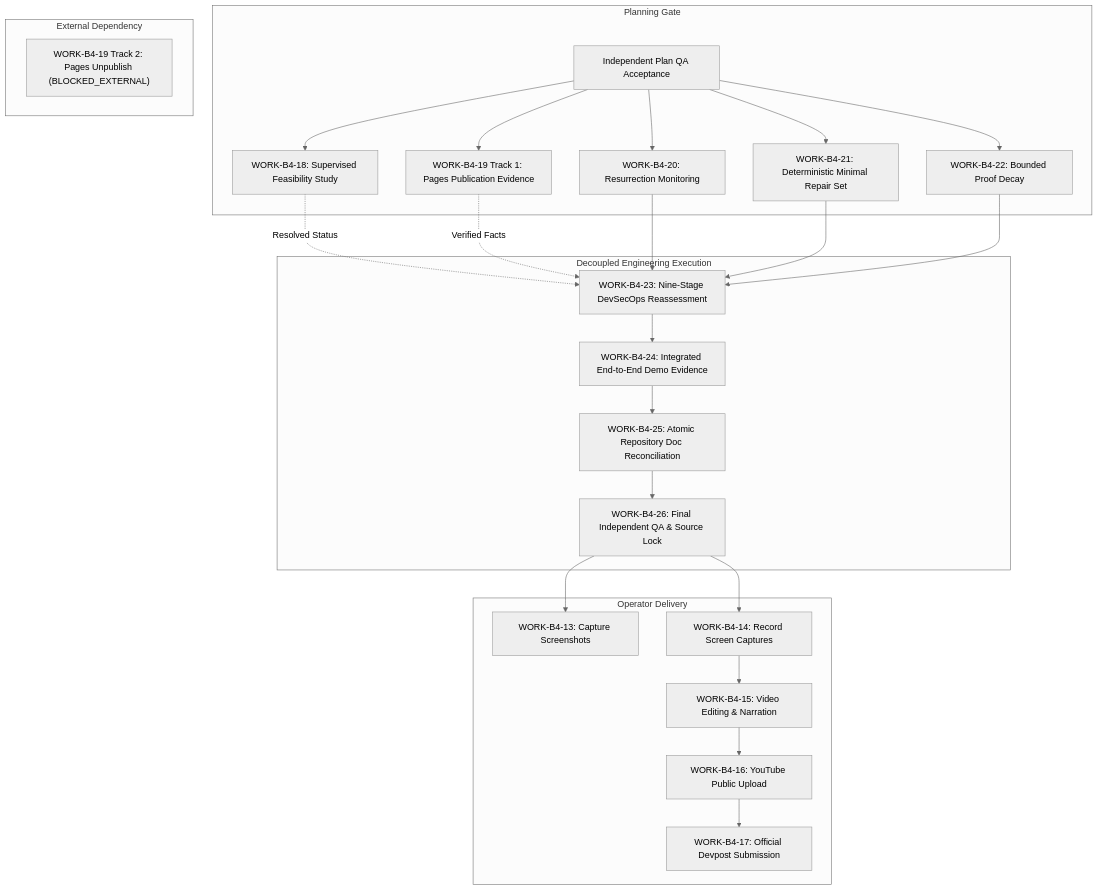
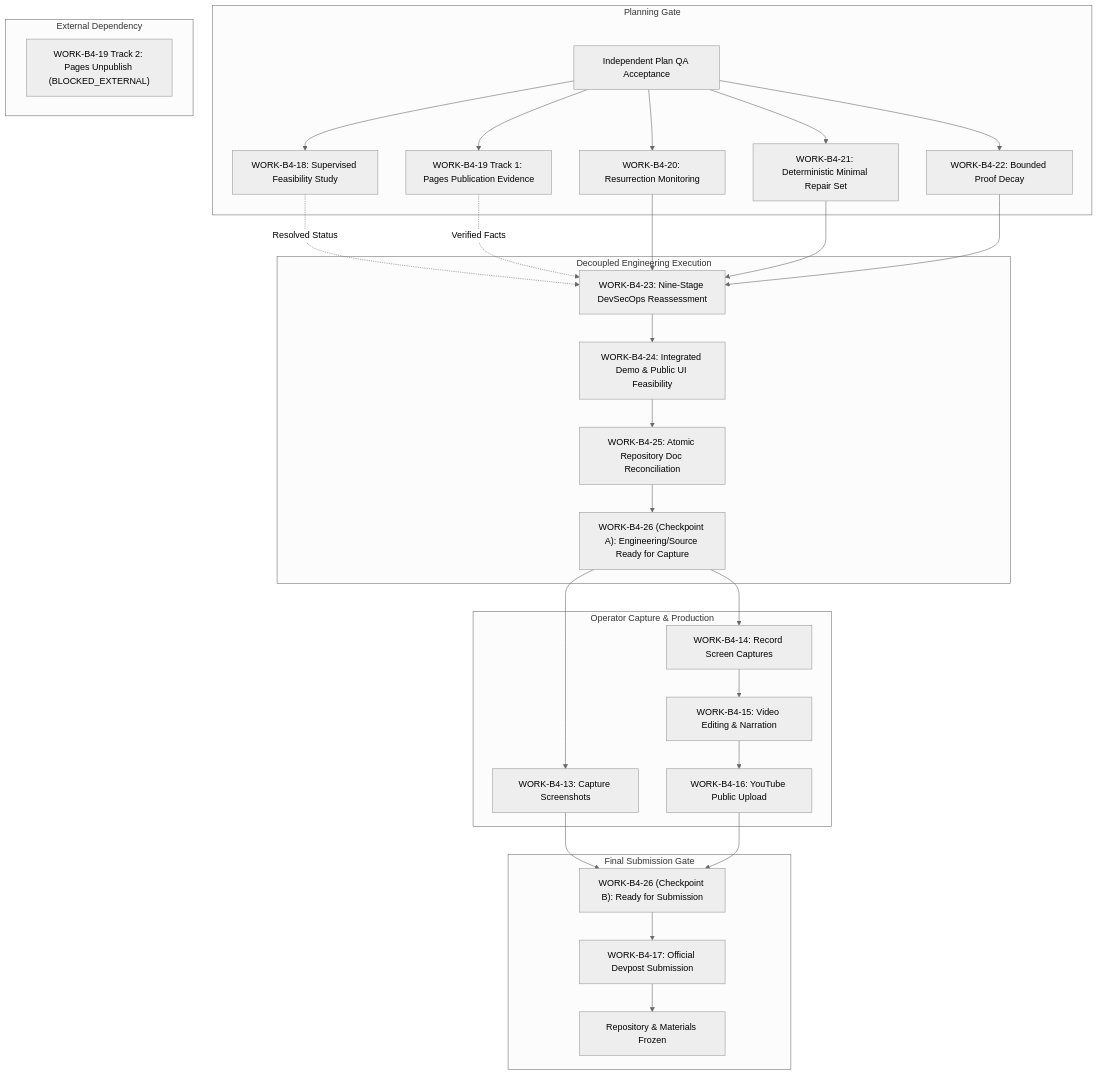
The second of 6 diagrams in plans/TERMIVANCE_MASTER_EXECUTION_PLAN.md (zyganali-glitch/termivance-qa-mirror), drawn with Mermaid (neutral theme) before and after one commit. The commit also changed other lines of this file, not shown here.

Commit message:
fix(plan): final delivery-gate closure, public UI hosting, media, and release consistency

````diff
--- a/plans/TERMIVANCE_MASTER_EXECUTION_PLAN.md
+++ b/plans/TERMIVANCE_MASTER_EXECUTION_PLAN.md
@@ -498,33 +536,39 @@
 ```mermaid
 flowchart TD
     subgraph Planning Gate
         QA["Independent Plan QA Acceptance"] --> W18["WORK-B4-18: Supervised Feasibility Study"]
         QA --> W19T1["WORK-B4-19 Track 1: Pages Publication Evidence"]
         QA --> W20["WORK-B4-20: Resurrection Monitoring"]
         QA --> W21["WORK-B4-21: Deterministic Minimal Repair Set"]
         QA --> W22["WORK-B4-22: Bounded Proof Decay"]
     end
     
     subgraph External Dependency
         W19T2["WORK-B4-19 Track 2: Pages Unpublish (BLOCKED_EXTERNAL)"]
     end
     
     subgraph Decoupled Engineering Execution
         W18 -. "Resolved Status" .-> W23["WORK-B4-23: Nine-Stage DevSecOps Reassessment"]
         W19T1 -. "Verified Facts" .-> W23
         W20 --> W23
         W21 --> W23
         W22 --> W23
-        W23 --> W24["WORK-B4-24: Integrated End-to-End Demo Evidence"]
+        W23 --> W24["WORK-B4-24: Integrated Demo & Public UI Feasibility"]
         W24 --> W25["WORK-B4-25: Atomic Repository Doc Reconciliation"]
-        W25 --> W26["WORK-B4-26: Final Independent QA & Source Lock"]
+        W25 --> W26A["WORK-B4-26 (Checkpoint A): Engineering/Source Ready for Capture"]
     end
     
-    subgraph Operator Delivery
-        W26 --> W13["WORK-B4-13: Capture Screenshots"]
-        W26 --> W14["WORK-B4-14: Record Screen Captures"]
+    subgraph Operator Capture & Production
+        W26A --> W13["WORK-B4-13: Capture Screenshots"]
+        W26A --> W14["WORK-B4-14: Record Screen Captures"]
         W14 --> W15["WORK-B4-15: Video Editing & Narration"]
         W15 --> W16["WORK-B4-16: YouTube Public Upload"]
-        W16 --> W17["WORK-B4-17: Official Devpost Submission"]
+    end
+
+    subgraph Final Submission Gate
+        W13 --> W26B["WORK-B4-26 (Checkpoint B): Ready for Submission"]
+        W16 --> W26B
+        W26B --> W17["WORK-B4-17: Official Devpost Submission"]
+        W17 --> FROZEN["Repository & Materials Frozen"]
     end
 ```
````
